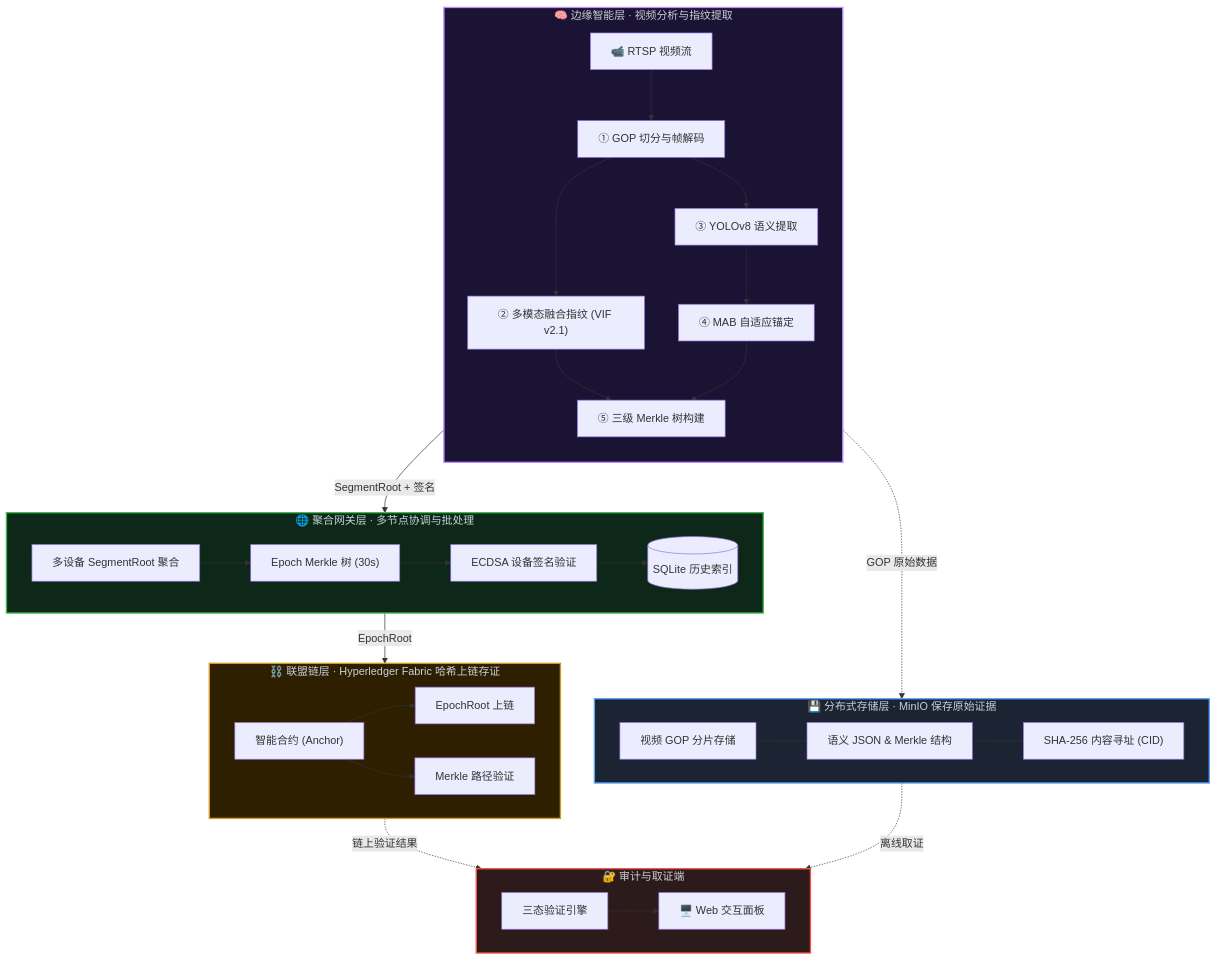
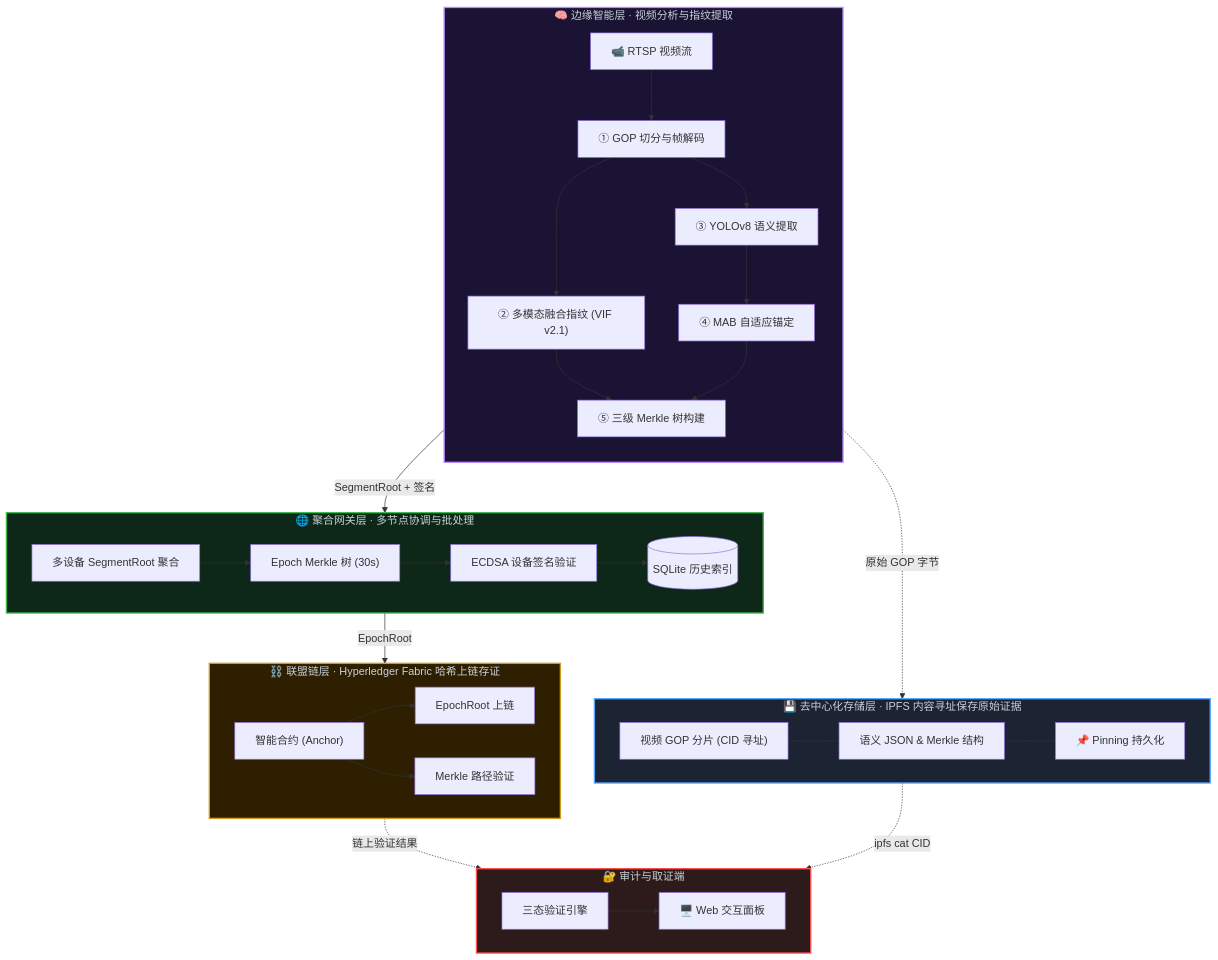
One commit to NgokzittYu/CCTV-W-FABRIC changed the diagram in README.md. Above: the diagram before and after it, drawn with Mermaid. The commit also changed other lines of this file and 16 other files, not shown here.

````diff
--- a/README.md
+++ b/README.md
@@ -78,72 +78,72 @@
 ```mermaid
 flowchart TB
     subgraph EDGE["🧠 边缘智能层 · 视频分析与指纹提取"]
         direction TB
         CAM["📹 RTSP 视频流"]
         SP_DEMUX["① GOP 切分与帧解码"]
         VIF["② 多模态融合指纹 (VIF v2.1)"]
         YOLO["③ YOLOv8 语义提取"]
         MAB["④ MAB 自适应锚定"]
         MK["⑤ 三级 Merkle 树构建"]
         
         CAM --> SP_DEMUX
         SP_DEMUX --> VIF
         SP_DEMUX --> YOLO
         YOLO --> MAB
         VIF --> MK
         MAB --> MK
     end
 
     subgraph GATEWAY["🌐 聚合网关层 · 多节点协调与批处理"]
         direction LR
         GW_AGG["多设备 SegmentRoot 聚合"]
         GW_EPOCH["Epoch Merkle 树 (30s)"]
         GW_SIG["ECDSA 设备签名验证"]
         GW_DB[("SQLite 历史索引")]
 
         GW_AGG --> GW_EPOCH
         GW_EPOCH --> GW_SIG
         GW_SIG --> GW_DB
     end
 
-    subgraph STORAGE["💾 分布式存储层 · MinIO 保存原始证据"]
+    subgraph STORAGE["💾 去中心化存储层 · IPFS 内容寻址保存原始证据"]
         direction LR
-        MINIO_GOP["视频 GOP 分片存储"]
-        MINIO_META["语义 JSON & Merkle 结构"]
-        MINIO_CID["SHA-256 内容寻址 (CID)"]
+        IPFS_GOP["视频 GOP 分片 (CID 寻址)"]
+        IPFS_META["语义 JSON & Merkle 结构"]
+        IPFS_PIN["📌 Pinning 持久化"]
 
-        MINIO_GOP --- MINIO_META
-        MINIO_META --- MINIO_CID
+        IPFS_GOP --- IPFS_META
+        IPFS_META --- IPFS_PIN
     end
 
     subgraph CHAIN["⛓️ 联盟链层 · Hyperledger Fabric 哈希上链存证"]
         direction LR
         SC["智能合约 (Anchor)"]
         SC_STORE["EpochRoot 上链"]
         SC_VERIFY["Merkle 路径验证"]
 
         SC --> SC_STORE
         SC --> SC_VERIFY
     end
 
     subgraph VERIFY["🔐 审计与取证端"]
         direction LR
         TRI_STATE["三态验证引擎"]
         DEMO["🖥️ Web 交互面板"]
         
         TRI_STATE --> DEMO
     end
 
     %% 层间数据流
     MK -->|"SegmentRoot + 签名"| GW_AGG
-    MK -.->|"GOP 原始数据"| MINIO_GOP
+    MK -.->|"原始 GOP 字节"| IPFS_GOP
     GW_EPOCH -->|"EpochRoot"| SC
-    MINIO_CID -.->|"离线取证"| TRI_STATE
+    IPFS_PIN -.->|"ipfs cat CID"| TRI_STATE
     SC_VERIFY -.->|"链上验证结果"| TRI_STATE
 
     style EDGE fill:#1a1333,stroke:#bc8cff,color:#c9d1d9,stroke-width:2px
     style GATEWAY fill:#0d2818,stroke:#3fb950,color:#c9d1d9,stroke-width:2px
     style STORAGE fill:#1c2333,stroke:#58a6ff,color:#c9d1d9,stroke-width:2px
     style CHAIN fill:#2d1f00,stroke:#d29922,color:#c9d1d9,stroke-width:2px
     style VERIFY fill:#2d1b1b,stroke:#f85149,color:#c9d1d9,stroke-width:2px
 ```
````
